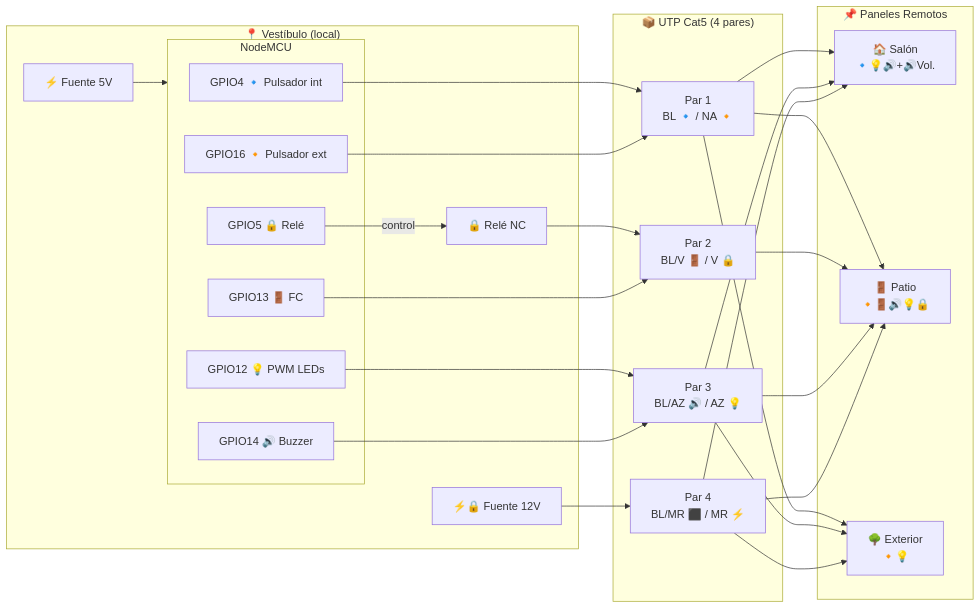
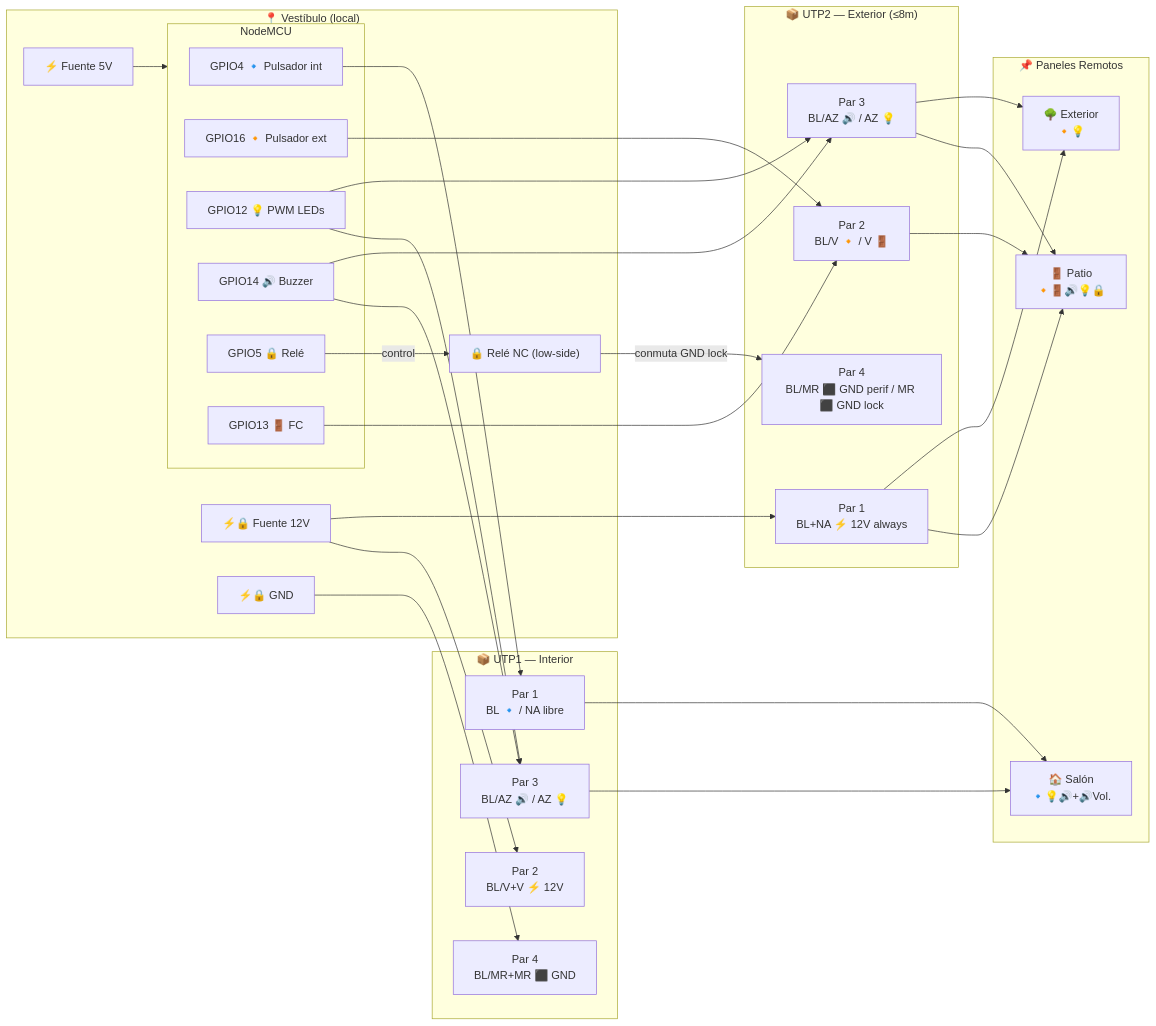
Before and after one commit to abelbour/Abrepuertas: the third of 11 diagrams in README.md, drawn with Mermaid. The commit also changed other lines of this file, not shown here.

Commit message:
Doc: dos UTPs (interior + exterior), low-side relay, distancias 8m, BOM actualizada

````diff
--- a/README.md
+++ b/README.md
@@ -414,40 +436,51 @@
 ```mermaid
 flowchart LR
     subgraph NodeMCU
         G4["GPIO4 🔹 Pulsador int"]
         G16["GPIO16 🔸 Pulsador ext"]
         G12["GPIO12 💡 PWM LEDs"]
         G14["GPIO14 🔊 Buzzer"]
         G5["GPIO5 🔒 Relé"]
         G13["GPIO13 🚪 FC"]
     end
 
-    subgraph UTP["📦 UTP Cat5 (4 pares)"]
-        P1["Par 1<br/>BL 🔹 / NA 🔸"]
-        P2["Par 2<br/>BL/V 🚪 / V 🔒"]
-        P3["Par 3<br/>BL/AZ 🔊 / AZ 💡"]
-        P4["Par 4<br/>BL/MR ⬛ / MR ⚡"]
+    subgraph UTP1["📦 UTP1 — Interior"]
+        P1_1["Par 1<br/>BL 🔹 / NA libre"]
+        P2_1["Par 2<br/>BL/V+V ⚡ 12V"]
+        P3_1["Par 3<br/>BL/AZ 🔊 / AZ 💡"]
+        P4_1["Par 4<br/>BL/MR+MR ⬛ GND"]
+    end
+
+    subgraph UTP2["📦 UTP2 — Exterior (≤8m)"]
+        P1_2["Par 1<br/>BL+NA ⚡ 12V always"]
+        P2_2["Par 2<br/>BL/V 🔸 / V 🚪"]
+        P3_2["Par 3<br/>BL/AZ 🔊 / AZ 💡"]
+        P4_2["Par 4<br/>BL/MR ⬛ GND perif / MR ⬛ GND lock"]
     end
 
     subgraph Vestibulo["📍 Vestíbulo (local)"]
         F5V["⚡ Fuente 5V"] --> NodeMCU
-        F12V["⚡🔒 Fuente 12V"] --> P4
-        G5 -- control --> Rele["🔒 Relé NC"]
-        Rele --> P2
+        F12V["⚡🔒 Fuente 12V"]
+        F12V --> P2_1 & P1_2
+        F12V_GND["⚡🔒 GND"] --> P4_1
+        G5 -- control --> Rele["🔒 Relé NC (low-side)"]
+        Rele -- conmuta GND lock --> P4_2
     end
 
     subgraph Paneles["📌 Paneles Remotos"]
         Salon["🏠 Salón<br/>🔹💡🔊+🔊Vol."]
         Patio["🚪 Patio<br/>🔸🚪🔊💡🔒"]
         Ext["🌳 Exterior<br/>🔸💡"]
     end
 
-    G4 & G16 --> P1
-    G13 --> P2
-    G12 --> P3
-    G14 --> P3
-    P1 --> Salon & Patio & Ext
-    P2 --> Patio
-    P3 --> Salon & Patio & Ext
-    P4 --> Salon & Patio & Ext
+    G4 --> P1_1
+    G12 --> P3_1 & P3_2
+    G14 --> P3_1 & P3_2
+    G16 --> P2_2
+    G13 --> P2_2
+    P1_1 --> Salon
+    P3_1 --> Salon
+    P3_2 --> Patio & Ext
+    P2_2 --> Patio
+    P1_2 --> Patio & Ext
 ```
````
